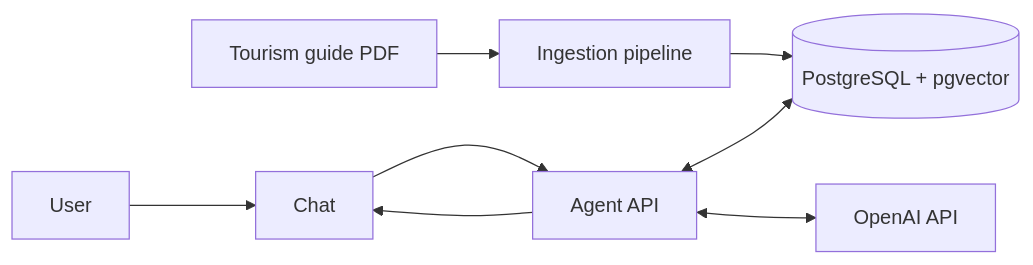
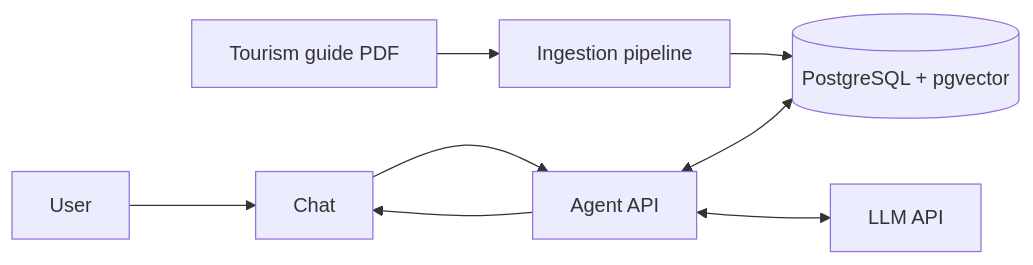
The diagram in README.md (QuentinElGuay/portfolio-ai-tour-guide), drawn with Mermaid before and after one commit. The commit also changed other lines of this file and 1 other file, not shown here.

````diff
--- a/README.md
+++ b/README.md
@@ -58,10 +58,10 @@
 ```mermaid
 flowchart LR
     PDF[Tourism guide PDF] --> Ingestion[Ingestion pipeline]
     Ingestion --> KB[(PostgreSQL + pgvector)]
     User --> Chat[Chat]
     Chat --> Agent[Agent API]
     Agent <--> KB
-    Agent <--> OpenAI[OpenAI API]
+    Agent <--> LLM[LLM API]
     Agent --> Chat
 ```
````
